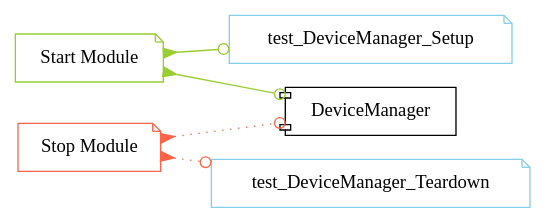
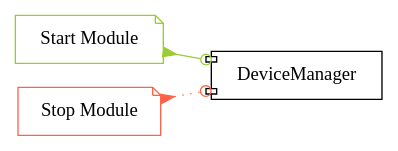
The second of 2 diagrams in docs/Includes/003.adoc (HORIBAEzSpecSDK/labview-sdk), drawn with Graphviz before and after one commit. The commit also changed other lines of this file and 211 other files, not shown here.

```diff
--- a/docs/Includes/003.adoc
+++ b/docs/Includes/003.adoc
@@ -330,17 +357,13 @@
 [graphviz, format="png", align="center"]
 ....
-digraph G124844 {
+digraph G611281 {
 rankdir=LR;
 edge[dir=both color=black  arrowhead=normal arrowtail=none style=filled penwidth=1]
 node[color=black shape=box]
 "Start Module"[color=yellowgreen shape=note]
 "DeviceManager"[color=black shape=component]
-"test_DeviceManager_Setup"[color=skyblue shape=note]
 "Stop Module"[color=tomato shape=note]
-"test_DeviceManager_Teardown"[color=skyblue shape=note]
 "Start Module" -> "DeviceManager" [dir=both color=yellowgreen  arrowhead=odot arrowtail=inv style=filled penwidth=1];
-"Start Module" -> "test_DeviceManager_Setup" [dir=both color=yellowgreen  arrowhead=odot arrowtail=inv style=filled penwidth=1];
 "Stop Module" -> "DeviceManager" [dir=both color=tomato  arrowhead=odot arrowtail=inv style=dotted penwidth=1];
-"Stop Module" -> "test_DeviceManager_Teardown" [dir=both color=tomato  arrowhead=odot arrowtail=inv style=dotted penwidth=1];
 }
 ....
```
